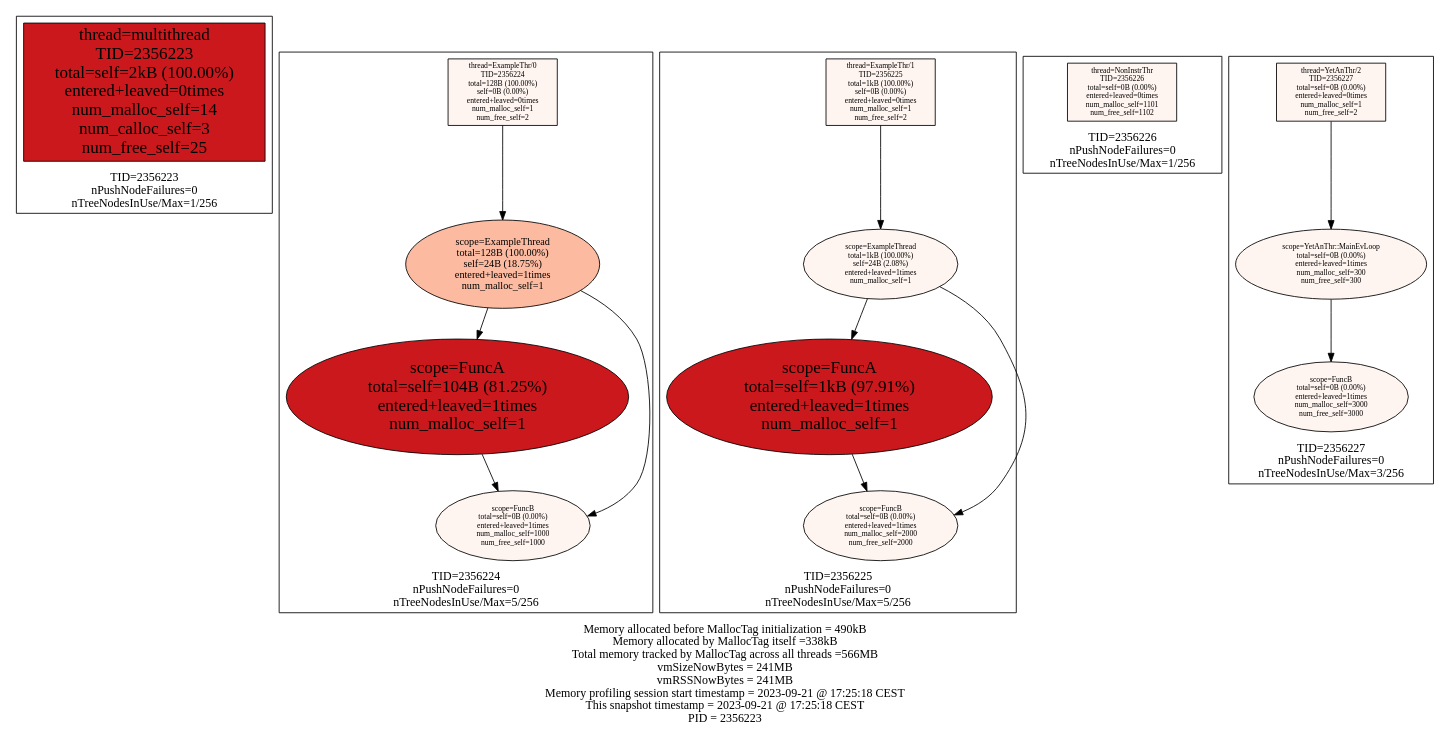
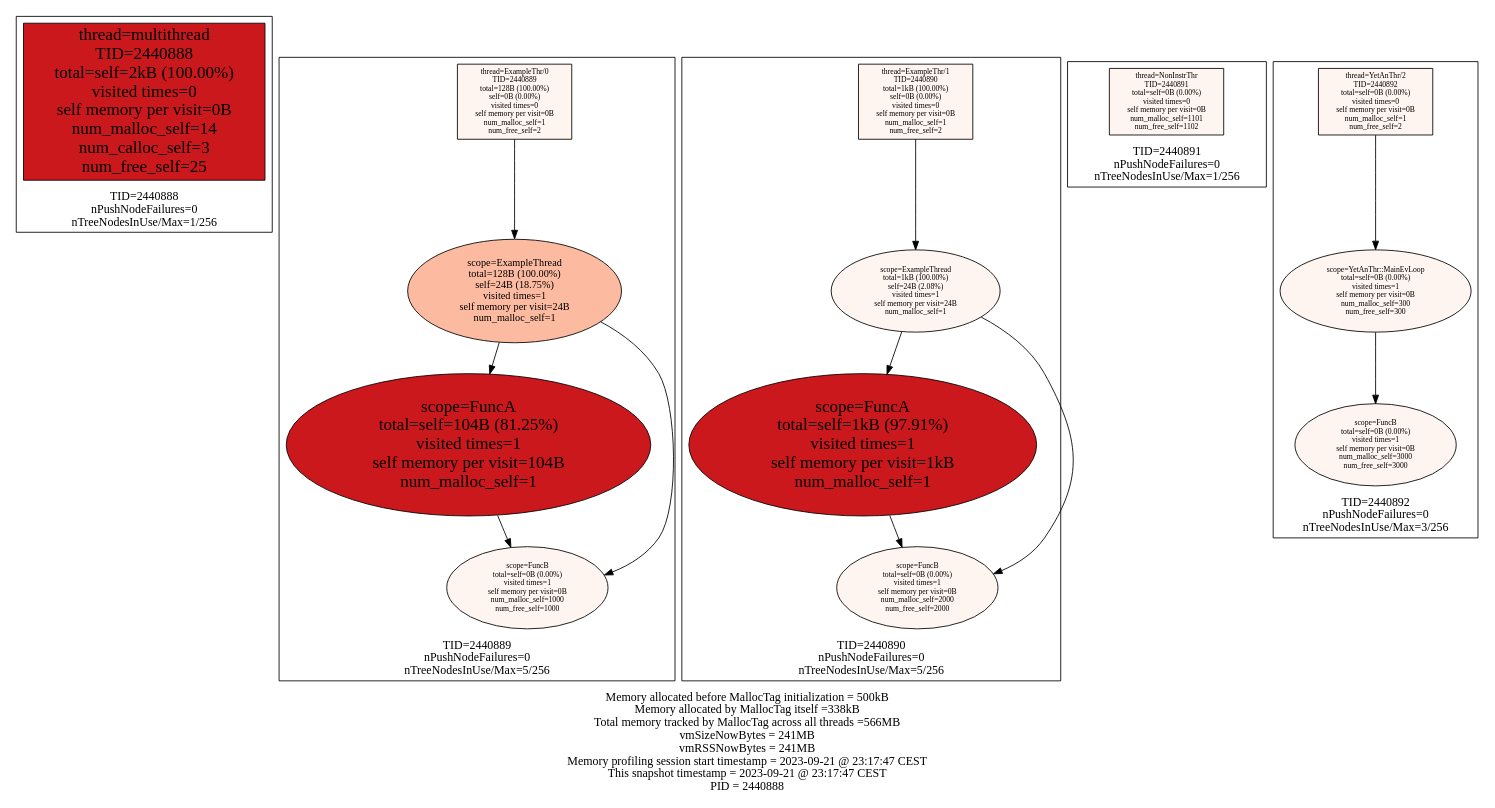
Before and after one commit to f18m/malloc-tag: the diagram in examples/multithread/multithread_stats.dot, drawn with Graphviz. The commit also changed 10 other files, not shown here.

```diff
--- a/examples/multithread/multithread_stats.dot
+++ b/examples/multithread/multithread_stats.dot
@@ -1,60 +1,60 @@
 digraph MallocTree {
  node [colorscheme=reds9 style=filled]
- subgraph cluster_TID2356223 {
+ subgraph cluster_TID2440888 {
   node [colorscheme=reds9 style=filled]
   labelloc="b"
-  label="TID=2356223\nnPushNodeFailures=0\nnTreeNodesInUse/Max=1/256\n"
-  "2356223_multithread" [label="thread=multithread\nTID=2356223\ntotal=self=2kB (100.00%)\nentered+leaved=0times\nnum_malloc_self=14\nnum_calloc_self=3\nnum_free_self=25" shape=box fillcolor=7 fontsize=20]
+  label="TID=2440888\nnPushNodeFailures=0\nnTreeNodesInUse/Max=1/256\n"
+  "2440888_multithread" [label="thread=multithread\nTID=2440888\ntotal=self=2kB (100.00%)\nvisited times=0\nself memory per visit=0B\nnum_malloc_self=14\nnum_calloc_self=3\nnum_free_self=25" shape=box fillcolor=7 fontsize=20]
  }
 
- subgraph cluster_TID2356224 {
+ subgraph cluster_TID2440889 {
   node [colorscheme=reds9 style=filled]
   labelloc="b"
-  label="TID=2356224\nnPushNodeFailures=0\nnTreeNodesInUse/Max=5/256\n"
-  "2356224_ExampleThr/0" [label="thread=ExampleThr/0\nTID=2356224\ntotal=128B (100.00%)\nself=0B (0.00%)\nentered+leaved=0times\nnum_malloc_self=1\nnum_free_self=2" shape=box fillcolor=1 fontsize=9]
-  "2356224_ExampleThr/0" -> "2356224_ExampleThread"
-  "2356224_ExampleThread" [label="scope=ExampleThread\ntotal=128B (100.00%)\nself=24B (18.75%)\nentered+leaved=1times\nnum_malloc_self=1" fillcolor=3 fontsize=12]
-  "2356224_ExampleThread" -> "2356224_FuncA"
-  "2356224_ExampleThread" -> "2356224_FuncB"
-  "2356224_FuncA" [label="scope=FuncA\ntotal=self=104B (81.25%)\nentered+leaved=1times\nnum_malloc_self=1" fillcolor=7 fontsize=20]
-  "2356224_FuncA" -> "2356224_FuncB"
-  "2356224_FuncB" [label="scope=FuncB\ntotal=self=0B (0.00%)\nentered+leaved=1times\nnum_malloc_self=1000\nnum_free_self=1000" fillcolor=1 fontsize=9]
-  "2356224_FuncB" [label="scope=FuncB\ntotal=self=0B (0.00%)\nentered+leaved=1times\nnum_malloc_self=1000\nnum_free_self=1000" fillcolor=1 fontsize=9]
+  label="TID=2440889\nnPushNodeFailures=0\nnTreeNodesInUse/Max=5/256\n"
+  "2440889_ExampleThr/0" [label="thread=ExampleThr/0\nTID=2440889\ntotal=128B (100.00%)\nself=0B (0.00%)\nvisited times=0\nself memory per visit=0B\nnum_malloc_self=1\nnum_free_self=2" shape=box fillcolor=1 fontsize=9]
+  "2440889_ExampleThr/0" -> "2440889_ExampleThread"
+  "2440889_ExampleThread" [label="scope=ExampleThread\ntotal=128B (100.00%)\nself=24B (18.75%)\nvisited times=1\nself memory per visit=24B\nnum_malloc_self=1" fillcolor=3 fontsize=12]
+  "2440889_ExampleThread" -> "2440889_FuncA"
+  "2440889_ExampleThread" -> "2440889_FuncB"
+  "2440889_FuncA" [label="scope=FuncA\ntotal=self=104B (81.25%)\nvisited times=1\nself memory per visit=104B\nnum_malloc_self=1" fillcolor=7 fontsize=20]
+  "2440889_FuncA" -> "2440889_FuncB"
+  "2440889_FuncB" [label="scope=FuncB\ntotal=self=0B (0.00%)\nvisited times=1\nself memory per visit=0B\nnum_malloc_self=1000\nnum_free_self=1000" fillcolor=1 fontsize=9]
+  "2440889_FuncB" [label="scope=FuncB\ntotal=self=0B (0.00%)\nvisited times=1\nself memory per visit=0B\nnum_malloc_self=1000\nnum_free_self=1000" fillcolor=1 fontsize=9]
  }
 
- subgraph cluster_TID2356225 {
+ subgraph cluster_TID2440890 {
   node [colorscheme=reds9 style=filled]
   labelloc="b"
-  label="TID=2356225\nnPushNodeFailures=0\nnTreeNodesInUse/Max=5/256\n"
-  "2356225_ExampleThr/1" [label="thread=ExampleThr/1\nTID=2356225\ntotal=1kB (100.00%)\nself=0B (0.00%)\nentered+leaved=0times\nnum_malloc_self=1\nnum_free_self=2" shape=box fillcolor=1 fontsize=9]
-  "2356225_ExampleThr/1" -> "2356225_ExampleThread"
-  "2356225_ExampleThread" [label="scope=ExampleThread\ntotal=1kB (100.00%)\nself=24B (2.08%)\nentered+leaved=1times\nnum_malloc_self=1" fillcolor=1 fontsize=9]
-  "2356225_ExampleThread" -> "2356225_FuncA"
-  "2356225_ExampleThread" -> "2356225_FuncB"
-  "2356225_FuncA" [label="scope=FuncA\ntotal=self=1kB (97.91%)\nentered+leaved=1times\nnum_malloc_self=1" fillcolor=7 fontsize=20]
-  "2356225_FuncA" -> "2356225_FuncB"
-  "2356225_FuncB" [label="scope=FuncB\ntotal=self=0B (0.00%)\nentered+leaved=1times\nnum_malloc_self=2000\nnum_free_self=2000" fillcolor=1 fontsize=9]
-  "2356225_FuncB" [label="scope=FuncB\ntotal=self=0B (0.00%)\nentered+leaved=1times\nnum_malloc_self=2000\nnum_free_self=2000" fillcolor=1 fontsize=9]
+  label="TID=2440890\nnPushNodeFailures=0\nnTreeNodesInUse/Max=5/256\n"
+  "2440890_ExampleThr/1" [label="thread=ExampleThr/1\nTID=2440890\ntotal=1kB (100.00%)\nself=0B (0.00%)\nvisited times=0\nself memory per visit=0B\nnum_malloc_self=1\nnum_free_self=2" shape=box fillcolor=1 fontsize=9]
+  "2440890_ExampleThr/1" -> "2440890_ExampleThread"
+  "2440890_ExampleThread" [label="scope=ExampleThread\ntotal=1kB (100.00%)\nself=24B (2.08%)\nvisited times=1\nself memory per visit=24B\nnum_malloc_self=1" fillcolor=1 fontsize=9]
+  "2440890_ExampleThread" -> "2440890_FuncA"
+  "2440890_ExampleThread" -> "2440890_FuncB"
+  "2440890_FuncA" [label="scope=FuncA\ntotal=self=1kB (97.91%)\nvisited times=1\nself memory per visit=1kB\nnum_malloc_self=1" fillcolor=7 fontsize=20]
+  "2440890_FuncA" -> "2440890_FuncB"
+  "2440890_FuncB" [label="scope=FuncB\ntotal=self=0B (0.00%)\nvisited times=1\nself memory per visit=0B\nnum_malloc_self=2000\nnum_free_self=2000" fillcolor=1 fontsize=9]
+  "2440890_FuncB" [label="scope=FuncB\ntotal=self=0B (0.00%)\nvisited times=1\nself memory per visit=0B\nnum_malloc_self=2000\nnum_free_self=2000" fillcolor=1 fontsize=9]
  }
 
- subgraph cluster_TID2356226 {
+ subgraph cluster_TID2440891 {
   node [colorscheme=reds9 style=filled]
   labelloc="b"
-  label="TID=2356226\nnPushNodeFailures=0\nnTreeNodesInUse/Max=1/256\n"
-  "2356226_NonInstrThr" [label="thread=NonInstrThr\nTID=2356226\ntotal=self=0B (0.00%)\nentered+leaved=0times\nnum_malloc_self=1101\nnum_free_self=1102" shape=box fillcolor=1 fontsize=9]
+  label="TID=2440891\nnPushNodeFailures=0\nnTreeNodesInUse/Max=1/256\n"
+  "2440891_NonInstrThr" [label="thread=NonInstrThr\nTID=2440891\ntotal=self=0B (0.00%)\nvisited times=0\nself memory per visit=0B\nnum_malloc_self=1101\nnum_free_self=1102" shape=box fillcolor=1 fontsize=9]
  }
 
- subgraph cluster_TID2356227 {
+ subgraph cluster_TID2440892 {
   node [colorscheme=reds9 style=filled]
   labelloc="b"
-  label="TID=2356227\nnPushNodeFailures=0\nnTreeNodesInUse/Max=3/256\n"
-  "2356227_YetAnThr/2" [label="thread=YetAnThr/2\nTID=2356227\ntotal=self=0B (0.00%)\nentered+leaved=0times\nnum_malloc_self=1\nnum_free_self=2" shape=box fillcolor=1 fontsize=9]
-  "2356227_YetAnThr/2" -> "2356227_YetAnThr::MainEvLoop"
-  "2356227_YetAnThr::MainEvLoop" [label="scope=YetAnThr::MainEvLoop\ntotal=self=0B (0.00%)\nentered+leaved=1times\nnum_malloc_self=300\nnum_free_self=300" fillcolor=1 fontsize=9]
-  "2356227_YetAnThr::MainEvLoop" -> "2356227_FuncB"
-  "2356227_FuncB" [label="scope=FuncB\ntotal=self=0B (0.00%)\nentered+leaved=1times\nnum_malloc_self=3000\nnum_free_self=3000" fillcolor=1 fontsize=9]
+  label="TID=2440892\nnPushNodeFailures=0\nnTreeNodesInUse/Max=3/256\n"
+  "2440892_YetAnThr/2" [label="thread=YetAnThr/2\nTID=2440892\ntotal=self=0B (0.00%)\nvisited times=0\nself memory per visit=0B\nnum_malloc_self=1\nnum_free_self=2" shape=box fillcolor=1 fontsize=9]
+  "2440892_YetAnThr/2" -> "2440892_YetAnThr::MainEvLoop"
+  "2440892_YetAnThr::MainEvLoop" [label="scope=YetAnThr::MainEvLoop\ntotal=self=0B (0.00%)\nvisited times=1\nself memory per visit=0B\nnum_malloc_self=300\nnum_free_self=300" fillcolor=1 fontsize=9]
+  "2440892_YetAnThr::MainEvLoop" -> "2440892_FuncB"
+  "2440892_FuncB" [label="scope=FuncB\ntotal=self=0B (0.00%)\nvisited times=1\nself memory per visit=0B\nnum_malloc_self=3000\nnum_free_self=3000" fillcolor=1 fontsize=9]
  }
 
  labelloc="b"
- label="Memory allocated before MallocTag initialization = 490kB\nMemory allocated by MallocTag itself =338kB\nTotal memory tracked by MallocTag across all threads =566MB\nvmSizeNowBytes = 241MB\nvmRSSNowBytes = 241MB\nMemory profiling session start timestamp = 2023-09-21 @ 17:25:18 CEST\nThis snapshot timestamp = 2023-09-21 @ 17:25:18 CEST\nPID = 2356223\n"
+ label="Memory allocated before MallocTag initialization = 500kB\nMemory allocated by MallocTag itself =338kB\nTotal memory tracked by MallocTag across all threads =566MB\nvmSizeNowBytes = 241MB\nvmRSSNowBytes = 241MB\nMemory profiling session start timestamp = 2023-09-21 @ 23:17:47 CEST\nThis snapshot timestamp = 2023-09-21 @ 23:17:47 CEST\nPID = 2440888\n"
 }
```
